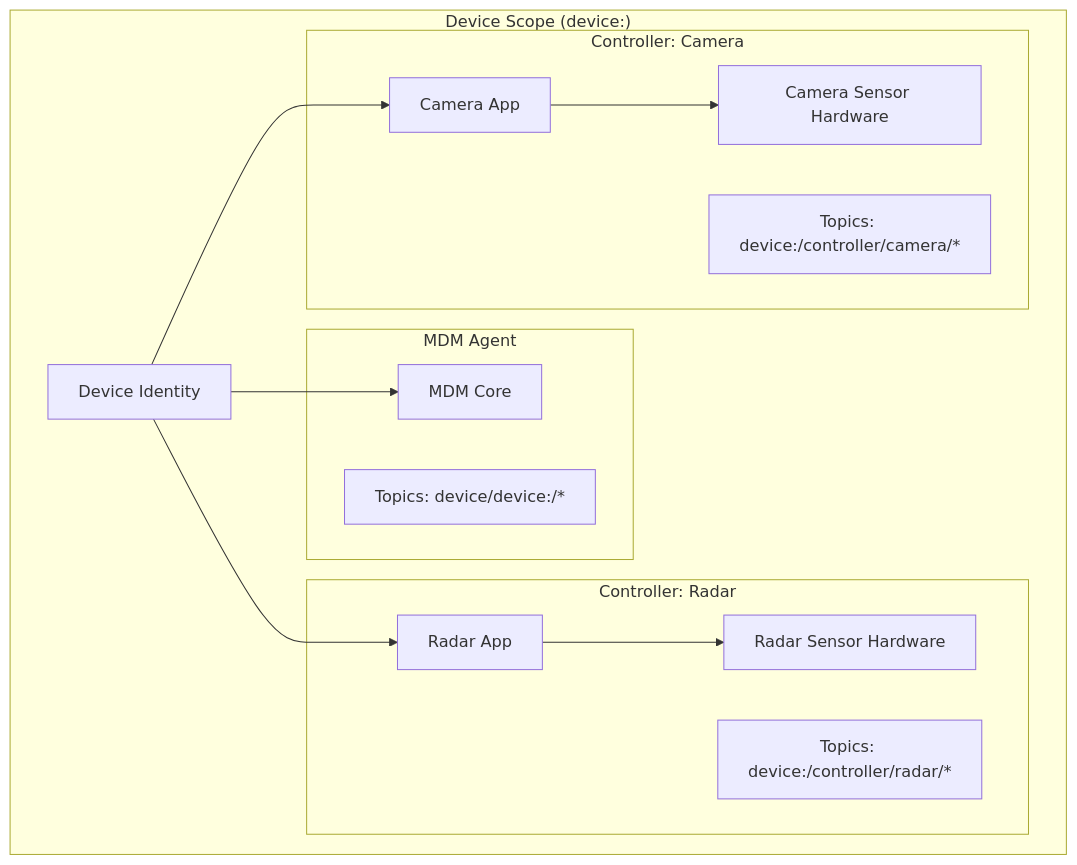
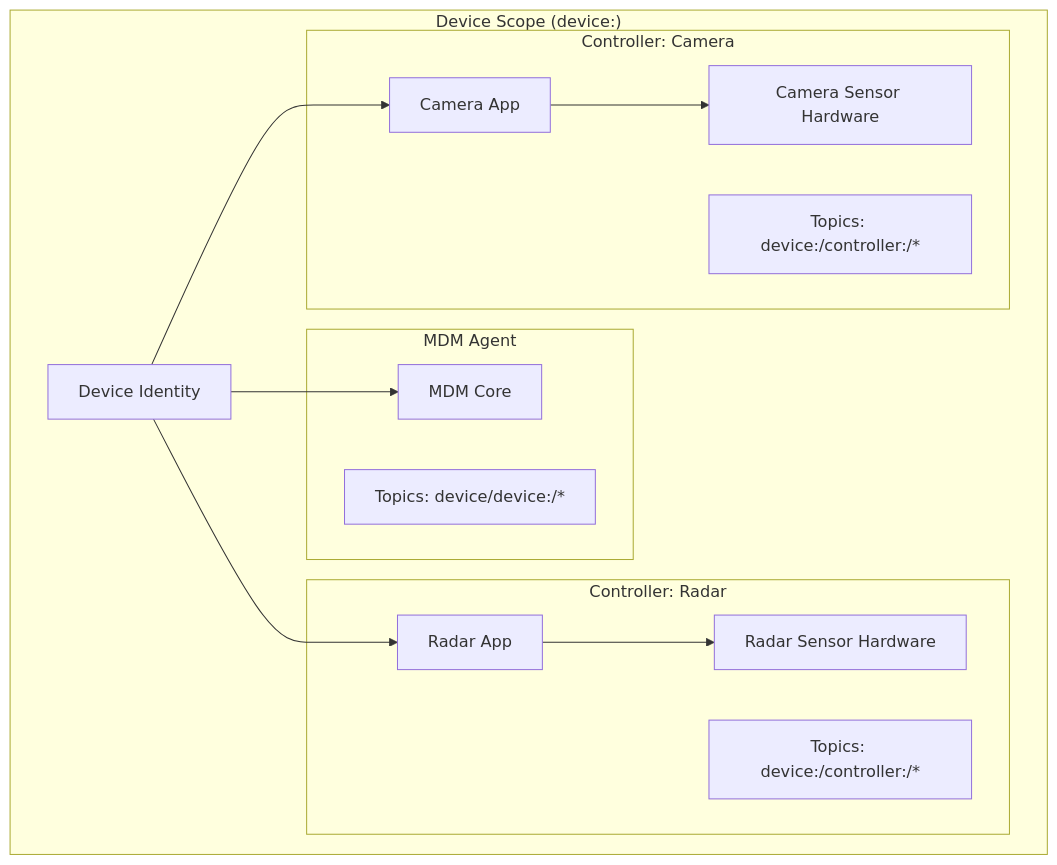
Before and after one commit to Tis1201/data_fs04: the first of 5 diagrams in docs/architecture/device/mqtt/controllers/CONTROLLER.md, drawn with Mermaid. The commit also changed other lines of this file, not shown here.

Commit message:
feat: Standardize controller MQTT topic patterns to `type:id` format, update mint endpoint, and adjust worker subscriptions.

````diff
--- a/docs/architecture/device/mqtt/controllers/CONTROLLER.md
+++ b/docs/architecture/device/mqtt/controllers/CONTROLLER.md
@@ -11,29 +11,29 @@
 ```mermaid
 graph TD
     subgraph "Device Scope (device:<deviceId>)"
         D[Device Identity]
         
         subgraph "MDM Agent"
             MDM[MDM Core]
-            MDM_T[Topics: device/device:<id>/*]
+            MDM_T["Topics: device/device:<deviceId>/*"]
         end
         
         subgraph "Controller: Radar"
             RC[Radar App]
-            RC_T[Topics: device:<id>/controller/radar/*]
+            RC_T["Topics: device:<deviceId>/controller:<controllerId>/*"]
             RS[Radar Sensor Hardware]
             RC --> RS
         end
         
         subgraph "Controller: Camera"
             CC[Camera App]
-            CC_T[Topics: device:<id>/controller/camera/*]
+            CC_T["Topics: device:<deviceId>/controller:<controllerId>/*"]
             CS[Camera Sensor Hardware]
             CC --> CS
         end
         
         D --> MDM
         D --> RC
         D --> CC
     end
 ```
````
